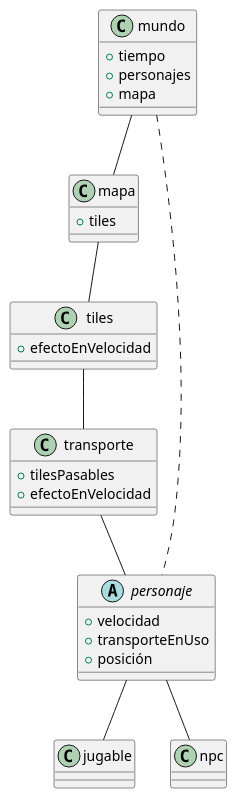
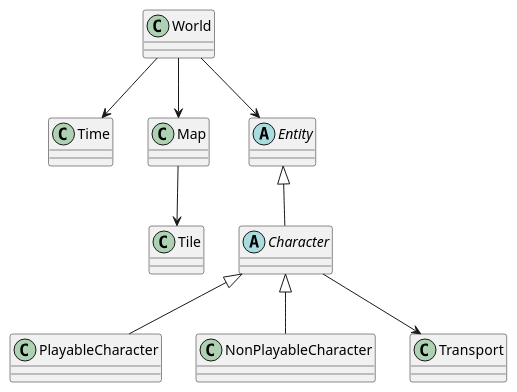
Before and after one commit to mmasias/23-24-IdSw2-SDD: the diagram in docs/modelosUML/modeloDeDominio.puml, drawn with PlantUML. The commit also changed 1 other file, not shown here.

Commit message:
docs: Practical Classes Diagram

```diff
--- a/docs/modelosUML/modeloDeDominio.puml
+++ b/docs/modelosUML/modeloDeDominio.puml
@@ -1,32 +1,37 @@
-@startuml
-class mundo{
-+ tiempo
-+ personajes
-+ mapa
+@startuml ModeloDeDominio-PyMundo
+
+class World{
 }
-class mapa{
- + tiles
+
+class Time {
 }
-class tiles{
- + efectoEnVelocidad
+
+class Map{
 }
-abstract class personaje {
-+ velocidad
-+ transporteEnUso
-+ posición
+
+class Tile {
 }
-class transporte{
- + tilesPasables
- + efectoEnVelocidad
+
+abstract class Entity {
 }
-class jugable{}
-class npc{}
 
-mundo -- mapa
-mapa -- tiles
-mundo .. personaje
-tiles -- transporte
-transporte -- personaje
-personaje -- jugable
-personaje -- npc
+abstract class Character {
+}
+
+class PlayableCharacter{
+}
+class NonPlayableCharacter {
+}
+
+class Transport {
+}
+
+World --> Map
+World --> Entity
+World --> Time
+Map --> Tile
+Entity <|-- Character
+Character --> Transport
+Character <|-- PlayableCharacter
+Character <|-- NonPlayableCharacter
 @enduml
```
